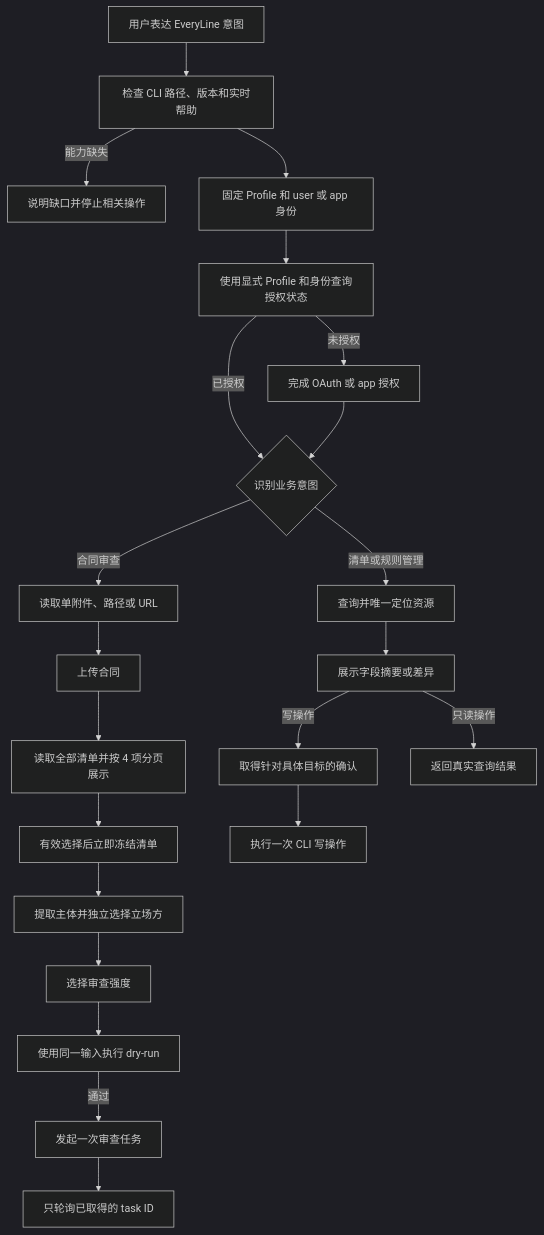
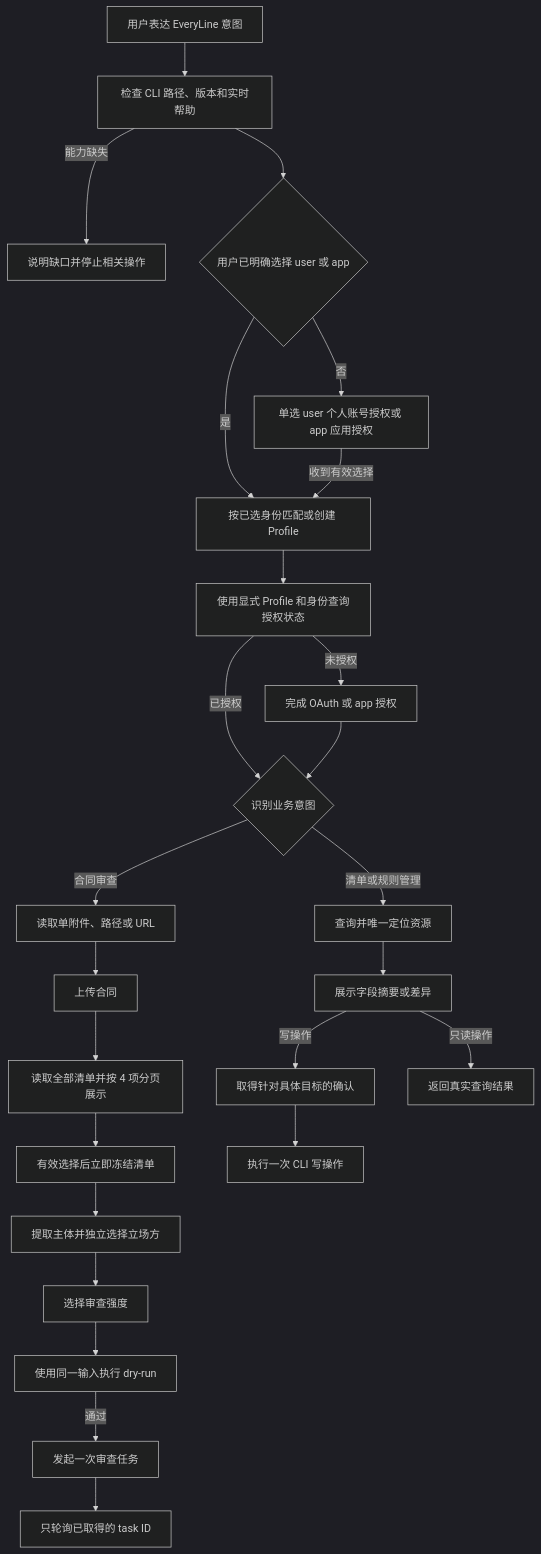
Before and after one commit to qfeius/everyline-cli: the diagram in docs/everyline-cli-skill-interaction-scenarios.md, drawn with Mermaid (dark theme). The commit also changed other lines of this file and 19 other files, not shown here.

````diff
--- a/docs/everyline-cli-skill-interaction-scenarios.md
+++ b/docs/everyline-cli-skill-interaction-scenarios.md
@@ -15,24 +15,27 @@
 ```mermaid
 flowchart TD
     A[用户表达 EveryLine 意图] --> B[检查 CLI 路径、版本和实时帮助]
     B -->|能力缺失| Z[说明缺口并停止相关操作]
-    B --> C[固定 Profile 和 user 或 app 身份]
+    B --> U{用户已明确选择 user 或 app}
+    U -->|是| C[按已选身份匹配或创建 Profile]
+    U -->|否| V[单选 user 个人账号授权或 app 应用授权]
+    V -->|收到有效选择| C
     C --> D[使用显式 Profile 和身份查询授权状态]
     D -->|未授权| E[完成 OAuth 或 app 授权]
     D -->|已授权| F{识别业务意图}
     E --> F
     F -->|合同审查| G[读取单附件、路径或 URL]
     G --> H[上传合同]
     H --> I[读取全部清单并按 4 项分页展示]
     I --> J[有效选择后立即冻结清单]
     J --> K[提取主体并独立选择立场方]
     K --> L[选择审查强度]
     L --> M[使用同一输入执行 dry-run]
     M -->|通过| N[发起一次审查任务]
     N --> O[只轮询已取得的 task ID]
     F -->|清单或规则管理| P[查询并唯一定位资源]
     P --> Q[展示字段摘要或差异]
     Q -->|写操作| R[取得针对具体目标的确认]
     R --> S[执行一次 CLI 写操作]
     Q -->|只读操作| T[返回真实查询结果]
 ```
````
